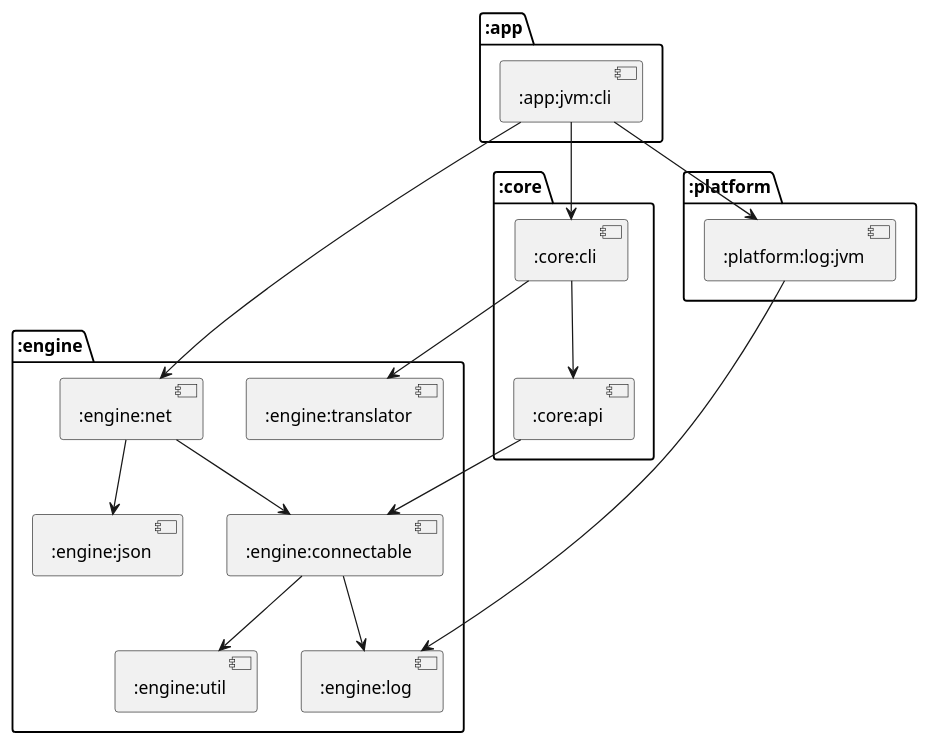
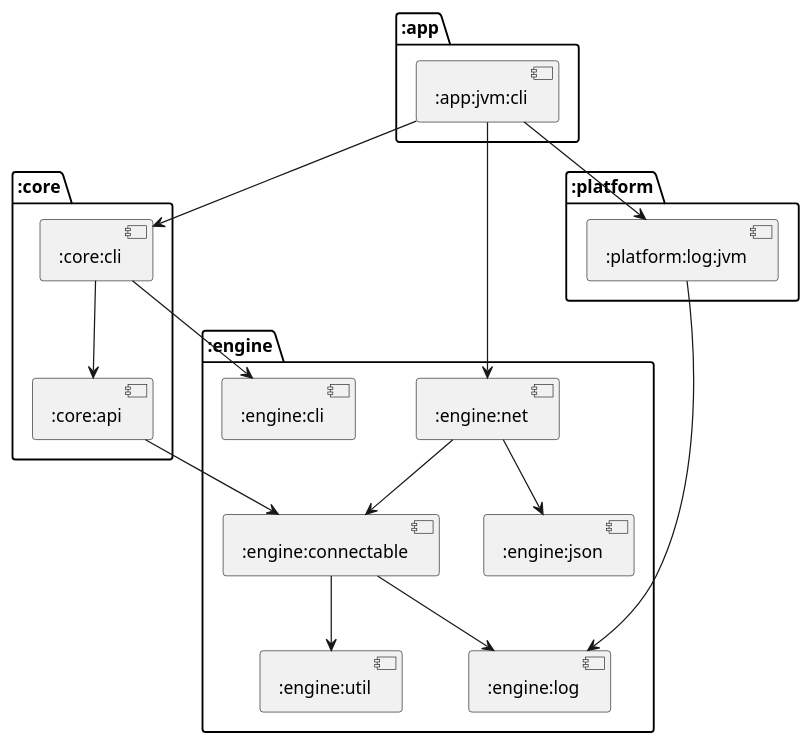
One commit to cryptopunkscc/crypton changed the diagram in docs/modules/puml/:jvm:cli.puml. Above: the diagram before and after it, drawn with PlantUML. The commit also changed 5 other files, not shown here.

Commit message:
chore: Update modules diagrams

```diff
--- a/docs/modules/puml/:jvm:cli.puml
+++ b/docs/modules/puml/:jvm:cli.puml
@@ -1,31 +1,31 @@
 @startuml
+package ":core" {
+[:core:cli]
+[:core:api]
+}
 package ":engine" {
 [:engine:net]
+[:engine:cli]
 [:engine:connectable]
-[:engine:json]
 [:engine:util]
 [:engine:log]
-[:engine:translator]
+[:engine:json]
 }
 package ":platform" {
 [:platform:log:jvm]
 }
-package ":core" {
-[:core:cli]
-[:core:api]
-}
 package ":app" {
 [:app:jvm:cli]
 }
+[:core:cli] --> [:engine:cli]
+[:core:cli] --> [:core:api]
 [:engine:net] --> [:engine:connectable]
 [:engine:net] --> [:engine:json]
 [:platform:log:jvm] --> [:engine:log]
-[:core:cli] --> [:engine:translator]
-[:core:cli] --> [:core:api]
+[:core:api] --> [:engine:connectable]
 [:engine:connectable] --> [:engine:util]
 [:engine:connectable] --> [:engine:log]
-[:core:api] --> [:engine:connectable]
+[:app:jvm:cli] --> [:core:cli]
 [:app:jvm:cli] --> [:engine:net]
 [:app:jvm:cli] --> [:platform:log:jvm]
-[:app:jvm:cli] --> [:core:cli]
 @enduml
```
